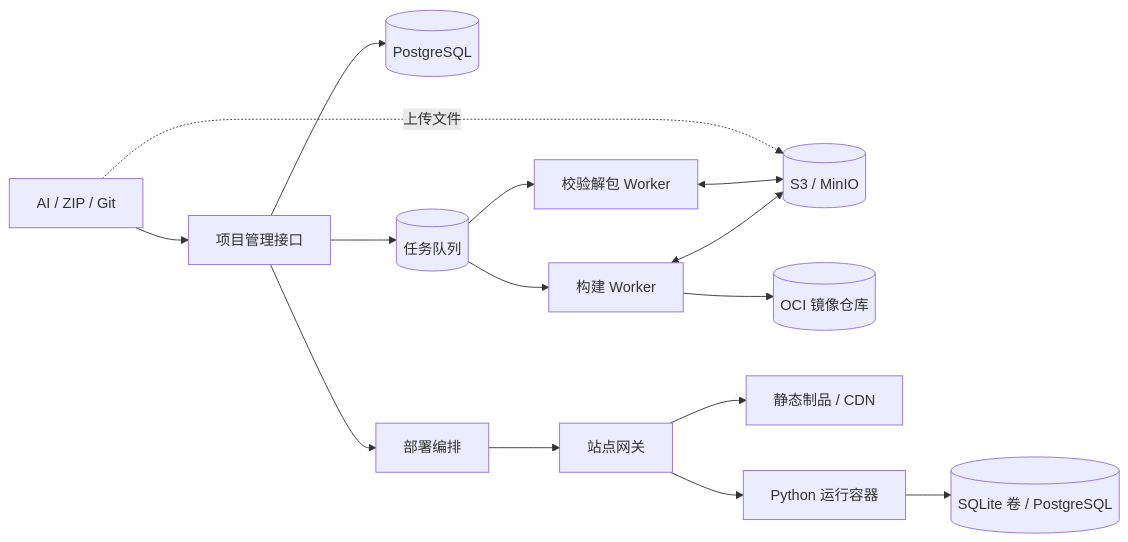
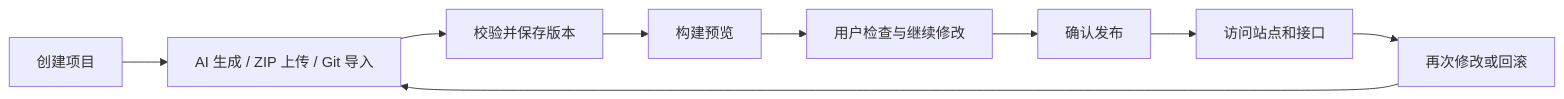
One commit to pengjianchao250/open-opscli changed the first of 3 diagrams in docs/design/AI站点生成与部署系统设计.md. Above: the diagram before and after it, drawn with Mermaid. The commit also changed other lines of this file and 1 other file, not shown here.

First line of the commit message:
docs: expand AI site and Keepa API research

````diff
--- a/docs/design/AI站点生成与部署系统设计.md
+++ b/docs/design/AI站点生成与部署系统设计.md
@@ -78,17 +11,11 @@
 ```mermaid
 flowchart LR
-    Client[AI / ZIP / Git] --> API[项目管理接口]
-    API --> Meta[(PostgreSQL)]
-    API --> Queue[(任务队列)]
-    Client -.上传文件.-> Object[(S3 / MinIO)]
-    Queue --> Validate[校验解包 Worker]
-    Queue --> Build[构建 Worker]
-    Validate <--> Object
-    Build <--> Object
-    Build --> Registry[(OCI 镜像仓库)]
-    API --> Deploy[部署编排]
-    Deploy --> Gateway[站点网关]
-    Gateway --> CDN[静态制品 / CDN]
-    Gateway --> Runtime[Python 运行容器]
-    Runtime --> Data[(SQLite 卷 / PostgreSQL)]
+    Create[创建项目] --> Input[AI 生成 / ZIP 上传 / Git 导入]
+    Input --> Check[校验并保存版本]
+    Check --> Preview[构建预览]
+    Preview --> Review[用户检查与继续修改]
+    Review --> Publish[确认发布]
+    Publish --> Use[访问站点和接口]
+    Use --> Iterate[再次修改或回滚]
+    Iterate --> Input
 ```
````
